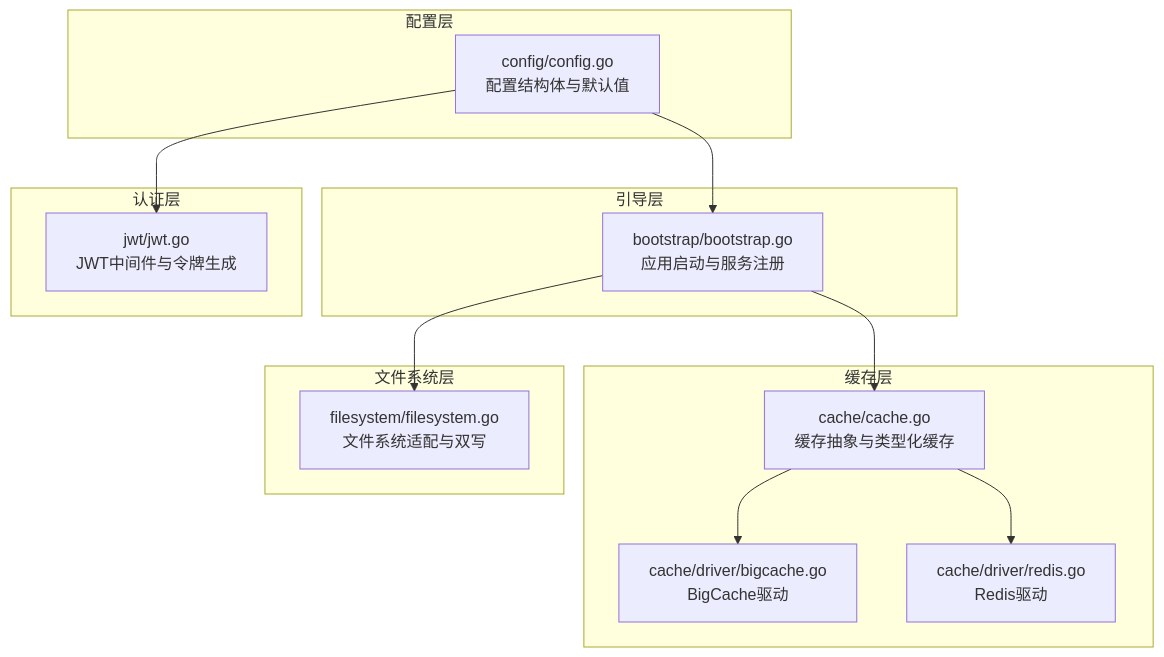
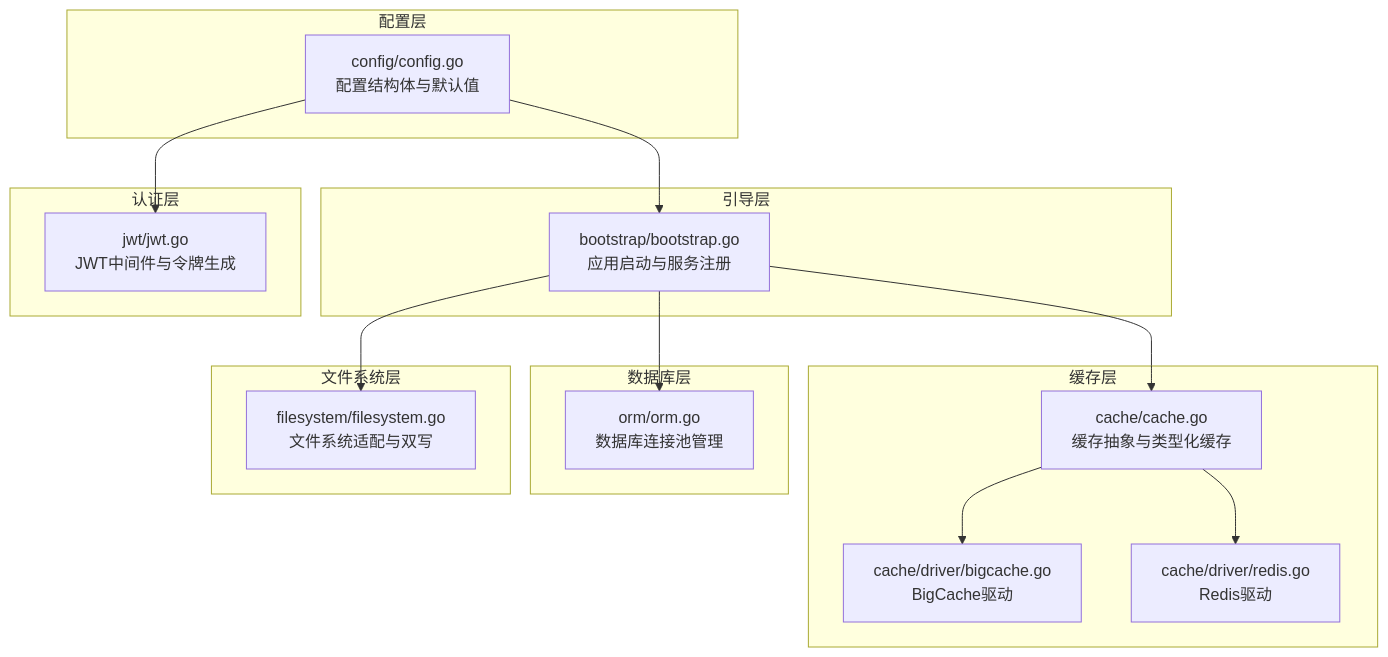
Before and after one commit to wuwuseo/cmf: the first of 6 diagrams in .qoder/repowiki/zh/content/配置管理.md, drawn with Mermaid. The commit also changed other lines of this file and 5 other files, not shown here.

````diff
--- a/.qoder/repowiki/zh/content/配置管理.md
+++ b/.qoder/repowiki/zh/content/配置管理.md
@@ -39,26 +47,30 @@
 ```mermaid
 graph TB
 subgraph "配置层"
 CFG["config/config.go<br/>配置结构体与默认值"]
 end
 subgraph "引导层"
 BOOT["bootstrap/bootstrap.go<br/>应用启动与服务注册"]
 end
 subgraph "缓存层"
 CACHE["cache/cache.go<br/>缓存抽象与类型化缓存"]
 BC["cache/driver/bigcache.go<br/>BigCache驱动"]
 RC["cache/driver/redis.go<br/>Redis驱动"]
 end
+subgraph "数据库层"
+ORM["orm/orm.go<br/>数据库连接池管理"]
+end
 subgraph "文件系统层"
 FS["filesystem/filesystem.go<br/>文件系统适配与双写"]
 end
 subgraph "认证层"
 JWT["jwt/jwt.go<br/>JWT中间件与令牌生成"]
 end
 CFG --> BOOT
 BOOT --> CACHE
 BOOT --> FS
+BOOT --> ORM
 CACHE --> BC
 CACHE --> RC
 CFG --> JWT
 ```
````
